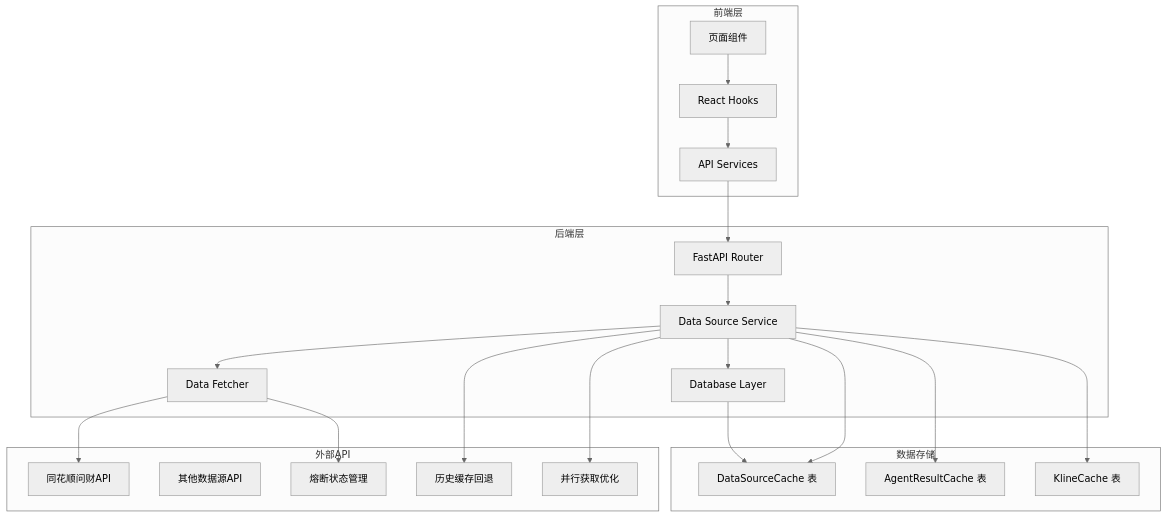
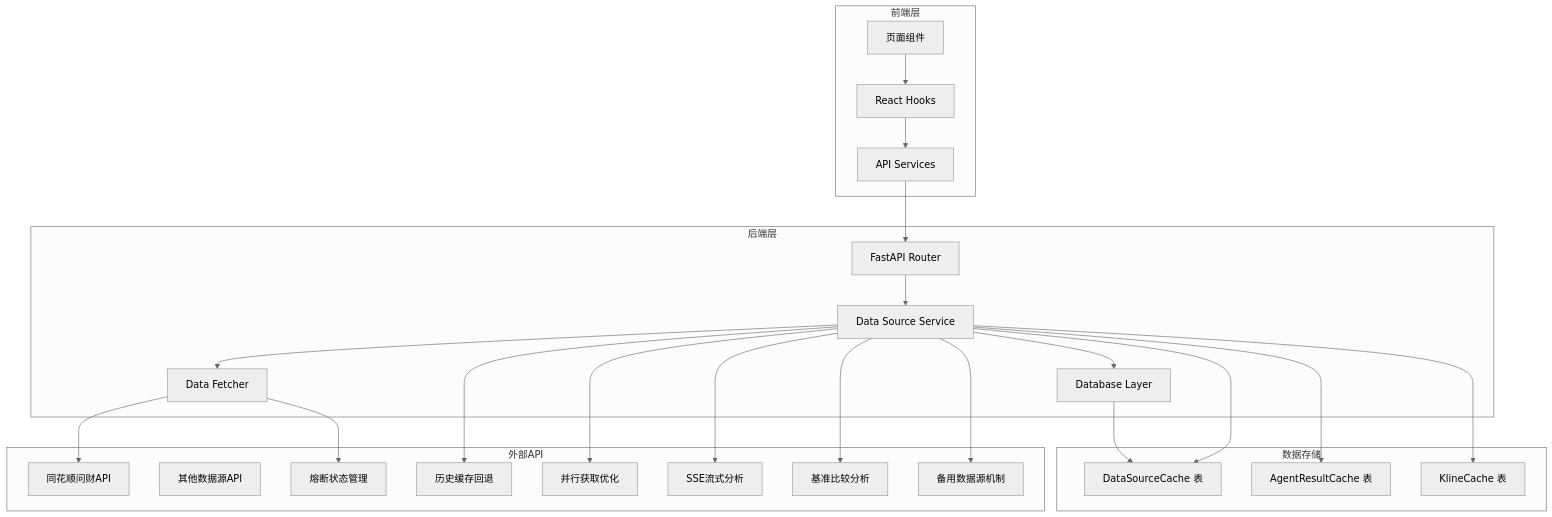
One commit to Moruime/stock_foker changed the second of 17 diagrams in .qoder/repowiki/zh/content/数据源服务增强.md. Above: the diagram before and after it, drawn with Mermaid (neutral theme). The commit also changed other lines of this file and 16 other files, not shown here.

````diff
--- a/.qoder/repowiki/zh/content/数据源服务增强.md
+++ b/.qoder/repowiki/zh/content/数据源服务增强.md
@@ -153,40 +167,46 @@
 ```mermaid
 graph TD
 subgraph "前端层"
 A[React Hooks]
 B[API Services]
 C[页面组件]
 end
 subgraph "后端层"
 D[FastAPI Router]
 E[Data Source Service]
 F[Data Fetcher]
 G[Database Layer]
 end
 subgraph "数据存储"
 H[DataSourceCache 表]
 I[AgentResultCache 表]
 J[KlineCache 表]
 end
 subgraph "外部API"
 K[同花顺问财API]
 L[其他数据源API]
 M[熔断状态管理]
 N[历史缓存回退]
 O[并行获取优化]
+P[SSE流式分析]
+Q[基准比较分析]
+R[备用数据源机制]
 end
 A --> B
 B --> D
 D --> E
 E --> F
 E --> G
 F --> K
 F --> M
 E --> N
 E --> O
 G --> H
 C --> A
 E --> H
 E --> I
 E --> J
+E --> P
+E --> Q
+E --> R
 ```
````
